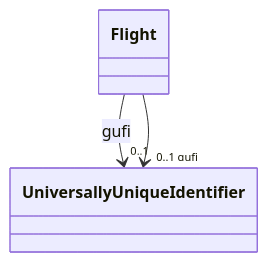
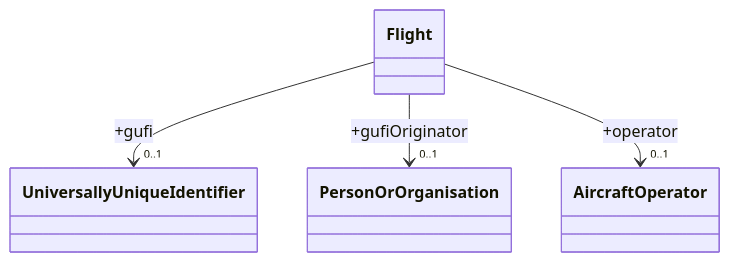
The third of 3 diagrams in docs/fixm/FIXM_UML_in_mermaid.md (du-lapin/test_docsify), drawn with Mermaid before and after one commit.

````diff
--- a/docs/fixm/FIXM_UML_in_mermaid.md
+++ b/docs/fixm/FIXM_UML_in_mermaid.md
@@ -32,5 +32,6 @@
 ```mermaid
 classDiagram
-Flight --> "0..1"  UniversallyUniqueIdentifier : gufi
-Flight --> "0..1 gufi"  UniversallyUniqueIdentifier
+Flight --> "0..1"  UniversallyUniqueIdentifier : +gufi
+Flight --> "0..1"  PersonOrOrganisation : +gufiOriginator
+Flight --> "0..1"  AircraftOperator : +operator
 ```
````
